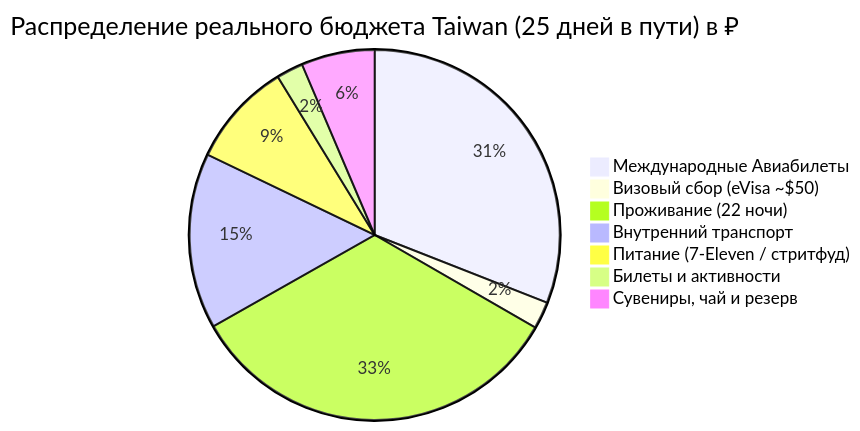
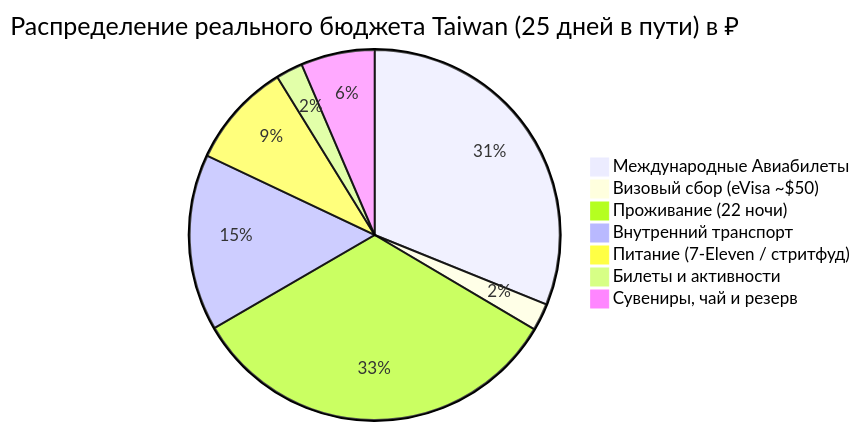
Before and after one commit to injurka/obsidian-mark: the diagram in Personal Note/Travel/-- Taiwan/04 - Финансы/Финансы.md, drawn with Mermaid. The commit also changed other lines of this file and 27 other files, not shown here.

````diff
--- a/Personal Note/Travel/-- Taiwan/04 - Финансы/Финансы.md
+++ b/Personal Note/Travel/-- Taiwan/04 - Финансы/Финансы.md
@@ -12,10 +12,10 @@
 ```mermaid
 pie title Распределение реального бюджета Taiwan (25 дней в пути) в ₽
     "Международные Авиабилеты" : 62793
     "Визовый сбор (eVisa ~$50)" : 4800
-    "Проживание (22 ночи)" : 67895
+    "Проживание (22 ночи)" : 66835
     "Внутренний транспорт" : 31095
     "Питание (7-Eleven / стритфуд)" : 18500
     "Билеты и активности" : 4740
     "Сувениры, чай и резерв" : 13000
 ```
````
